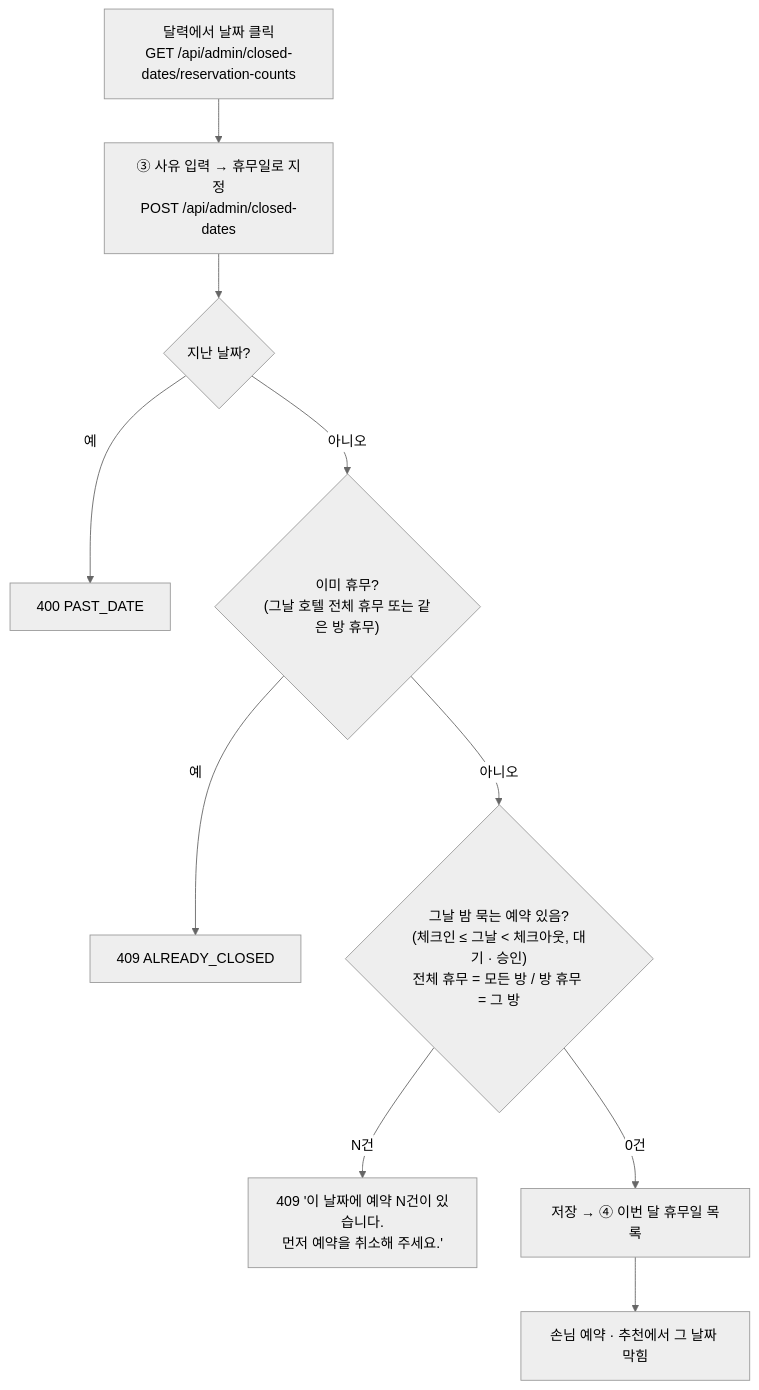
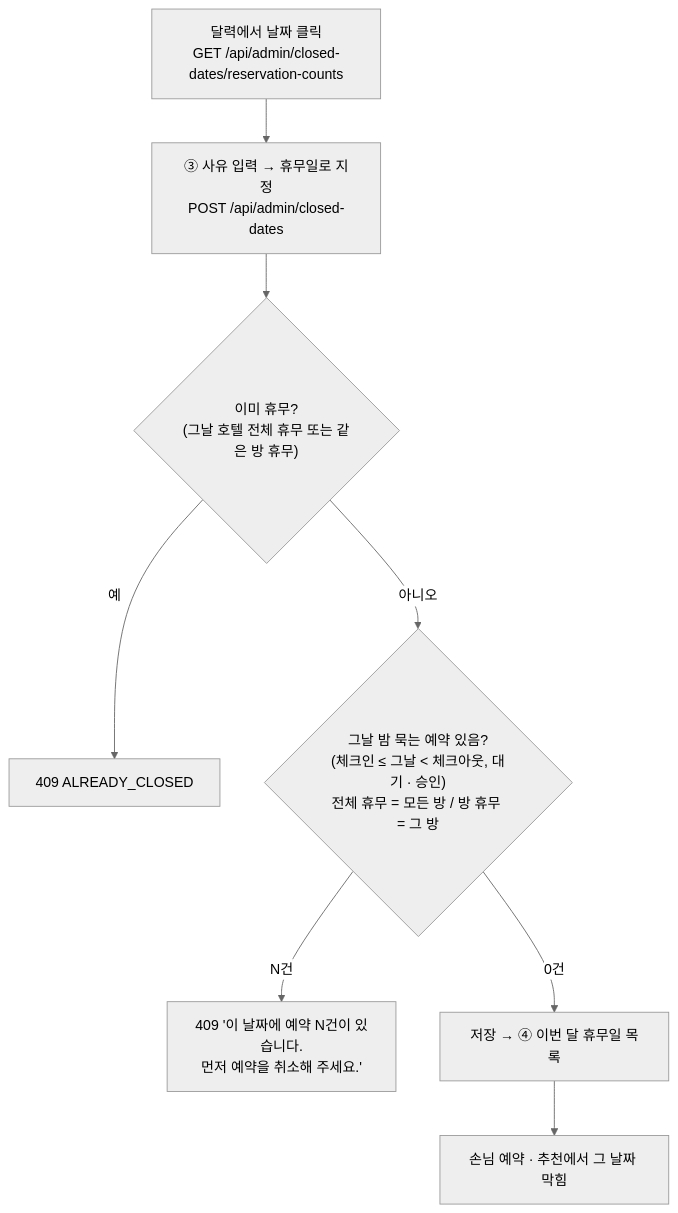
The fifth of 6 diagrams in docs/ARCHITECTURE.md (hotel-sol/Hotel-reservation), drawn with Mermaid (neutral theme) before and after one commit. The commit also changed other lines of this file and 4 other files, not shown here.

````diff
--- a/docs/ARCHITECTURE.md
+++ b/docs/ARCHITECTURE.md
@@ -144,12 +144,10 @@
 ```mermaid
 flowchart TD
     A["달력에서 날짜 클릭<br/>GET /api/admin/closed-dates/reservation-counts"] --> B["③ 사유 입력 → 휴무일로 지정<br/>POST /api/admin/closed-dates"]
-    B --> C{"지난 날짜?"}
-    C -- "예" --> E1["400 PAST_DATE"]
-    C -- "아니오" --> D{"이미 휴무?<br/>(그날 호텔 전체 휴무 또는 같은 방 휴무)"}
+    B --> D{"이미 휴무?<br/>(그날 호텔 전체 휴무 또는 같은 방 휴무)"}
     D -- "예" --> E2["409 ALREADY_CLOSED"]
     D -- "아니오" --> F{"그날 밤 묵는 예약 있음?<br/>(체크인 ≤ 그날 < 체크아웃, 대기 · 승인)<br/>전체 휴무 = 모든 방 / 방 휴무 = 그 방"}
     F -- "N건" --> E3["409 '이 날짜에 예약 N건이 있습니다.<br/>먼저 예약을 취소해 주세요.'"]
     F -- "0건" --> G["저장 → ④ 이번 달 휴무일 목록"]
     G --> H["손님 예약 · 추천에서 그 날짜 막힘"]
 ```
````
